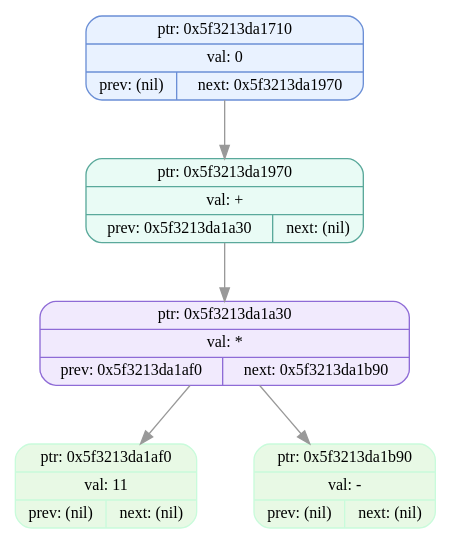
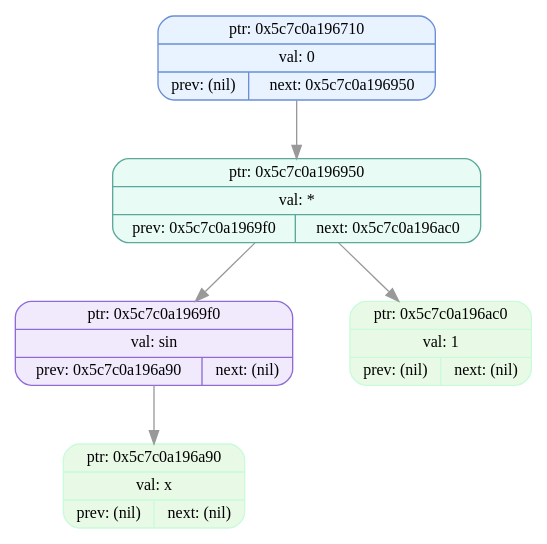
The diagram in dumps/tree_dump_003.dot (EvilTomato9890/Difference), drawn with Graphviz before and after one commit. The commit also changed 34 other files, not shown here.

```diff
--- a/dumps/tree_dump_003.dot
+++ b/dumps/tree_dump_003.dot
@@ -1,13 +1,13 @@
 digraph T{
   node [fontname="Fira Mono",shape=record,style="filled,rounded",fontsize=12];
   graph [splines=true, nodesep=0.6, ranksep=0.6];
-  node_0x5f3213da1710[shape=record,label="{ {ptr: 0x5f3213da1710} | {val: 0} | { prev: (nil) | next: 0x5f3213da1970 } }",color="#6b8fd6",fillcolor="#e9f2ff"];
-  node_0x5f3213da1970[shape=record,label="{ {ptr: 0x5f3213da1970} | {val: +} | { prev: 0x5f3213da1a30 | next: (nil) } }",color="#5aa99b",fillcolor="#e9fbf5"];
-  node_0x5f3213da1a30[shape=record,label="{ {ptr: 0x5f3213da1a30} | {val: *} | { prev: 0x5f3213da1af0 | next: 0x5f3213da1b90 } }",color="#8e6bd6",fillcolor="#f1eafd"];
-  node_0x5f3213da1af0[shape=record,label="{ {ptr: 0x5f3213da1af0} | {val: 11} | { prev: (nil) | next: (nil) } }",color="#c9fbdbff",fillcolor="#e8f9e5ff"];
-  node_0x5f3213da1b90[shape=record,label="{ {ptr: 0x5f3213da1b90} | {val: -} | { prev: (nil) | next: (nil) } }",color="#c9fbdbff",fillcolor="#e8f9e5ff"];
-  node_0x5f3213da1710 -> node_0x5f3213da1970 [color="#999999"];
-  node_0x5f3213da1970 -> node_0x5f3213da1a30 [color="#999999"];
-  node_0x5f3213da1a30 -> node_0x5f3213da1af0 [color="#999999"];
-  node_0x5f3213da1a30 -> node_0x5f3213da1b90 [color="#999999"];
+  node_0x5c7c0a196710[shape=record,label="{ {ptr: 0x5c7c0a196710} | {val: 0} | { prev: (nil) | next: 0x5c7c0a196950 } }",color="#6b8fd6",fillcolor="#e9f2ff"];
+  node_0x5c7c0a196950[shape=record,label="{ {ptr: 0x5c7c0a196950} | {val: *} | { prev: 0x5c7c0a1969f0 | next: 0x5c7c0a196ac0 } }",color="#5aa99b",fillcolor="#e9fbf5"];
+  node_0x5c7c0a1969f0[shape=record,label="{ {ptr: 0x5c7c0a1969f0} | {val: sin} | { prev: 0x5c7c0a196a90 | next: (nil) } }",color="#8e6bd6",fillcolor="#f1eafd"];
+  node_0x5c7c0a196a90[shape=record,label="{ {ptr: 0x5c7c0a196a90} | {val: x} | { prev: (nil) | next: (nil) } }",color="#c9fbdbff",fillcolor="#e8f9e5ff"];
+  node_0x5c7c0a196ac0[shape=record,label="{ {ptr: 0x5c7c0a196ac0} | {val: 1} | { prev: (nil) | next: (nil) } }",color="#c9fbdbff",fillcolor="#e8f9e5ff"];
+  node_0x5c7c0a196710 -> node_0x5c7c0a196950 [color="#999999"];
+  node_0x5c7c0a196950 -> node_0x5c7c0a1969f0 [color="#999999"];
+  node_0x5c7c0a196950 -> node_0x5c7c0a196ac0 [color="#999999"];
+  node_0x5c7c0a1969f0 -> node_0x5c7c0a196a90 [color="#999999"];
 }
```
